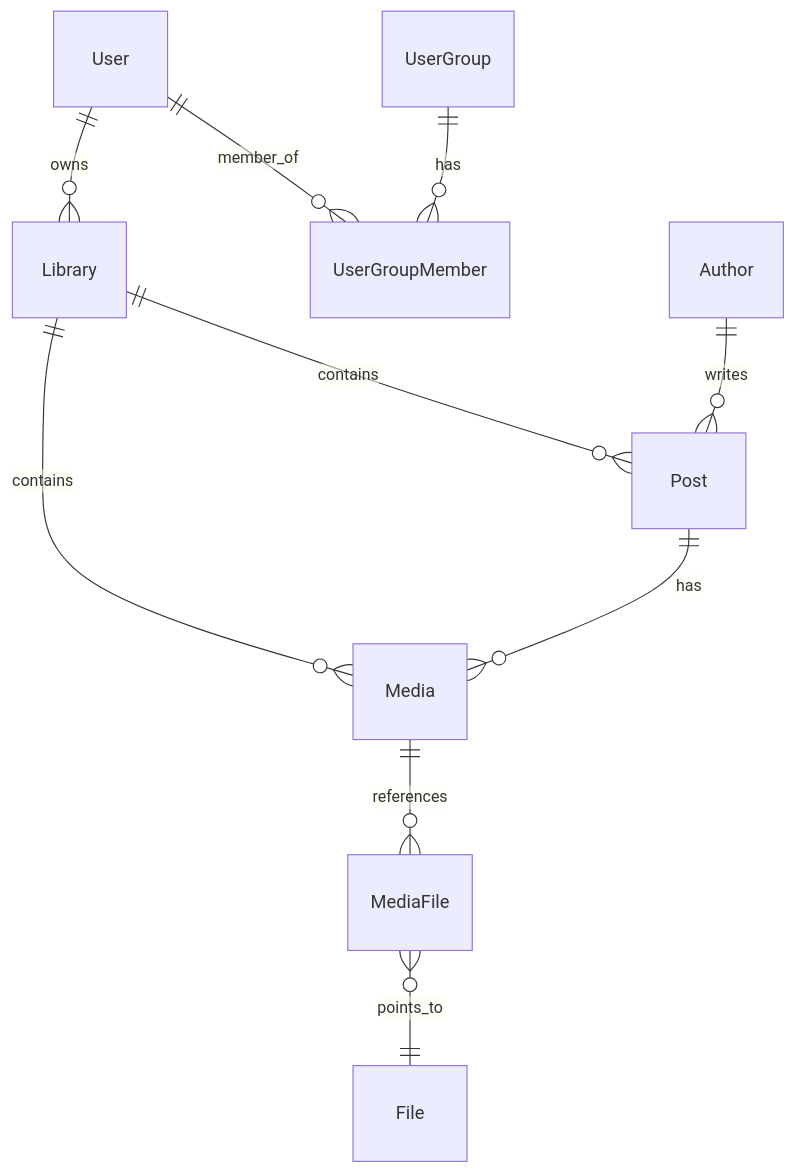
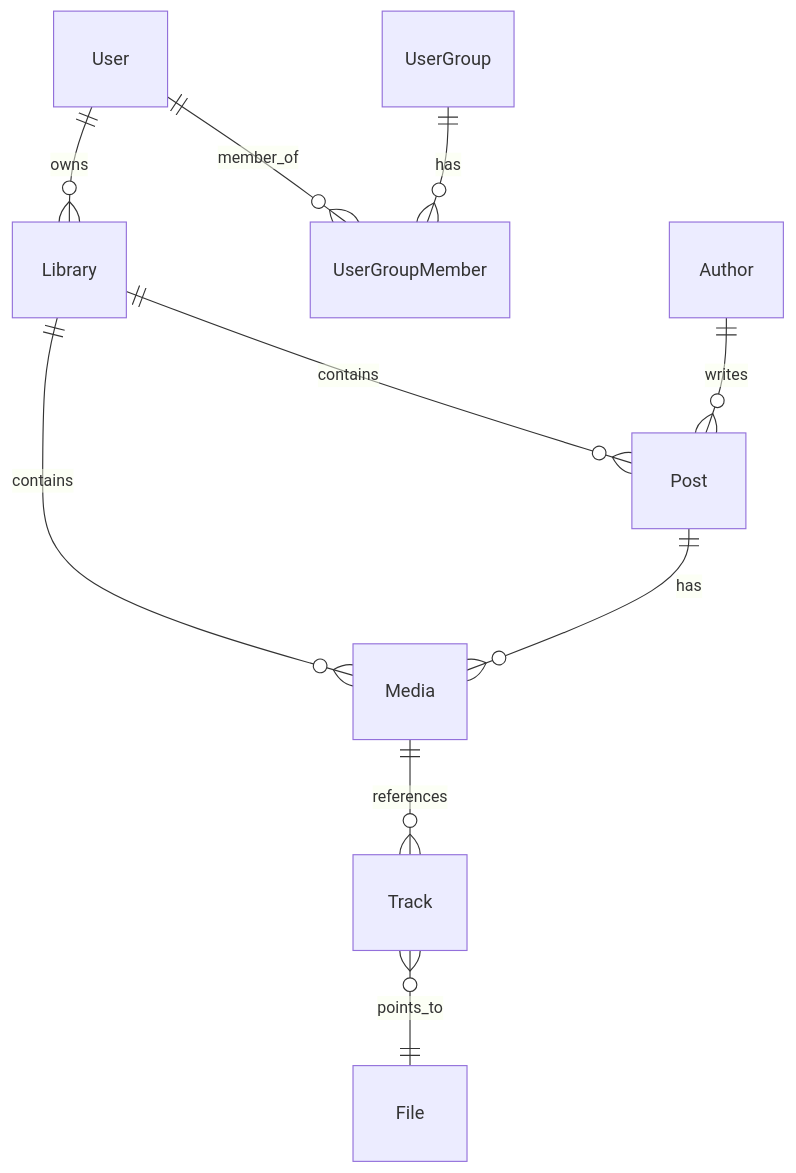
One commit to stariverr/stationary changed the diagram in docs/system_design.md. Above: the diagram before and after it, drawn with Mermaid. The commit also changed other lines of this file and 9 other files, not shown here.

````diff
--- a/docs/system_design.md
+++ b/docs/system_design.md
@@ -28,12 +28,12 @@
 ```mermaid
 erDiagram
     User ||--o{ Library : "owns"
     User ||--o{ UserGroupMember : "member_of"
     UserGroup ||--o{ UserGroupMember : "has"
     Library ||--o{ Post : "contains"
     Library ||--o{ Media : "contains"
     Author ||--o{ Post : "writes"
     Post ||--o{ Media : "has"
-    Media ||--o{ MediaFile : "references"
-    MediaFile }o--|| File : "points_to"
+    Media ||--o{ Track : "references"
+    Track }o--|| File : "points_to"
 ```
````
